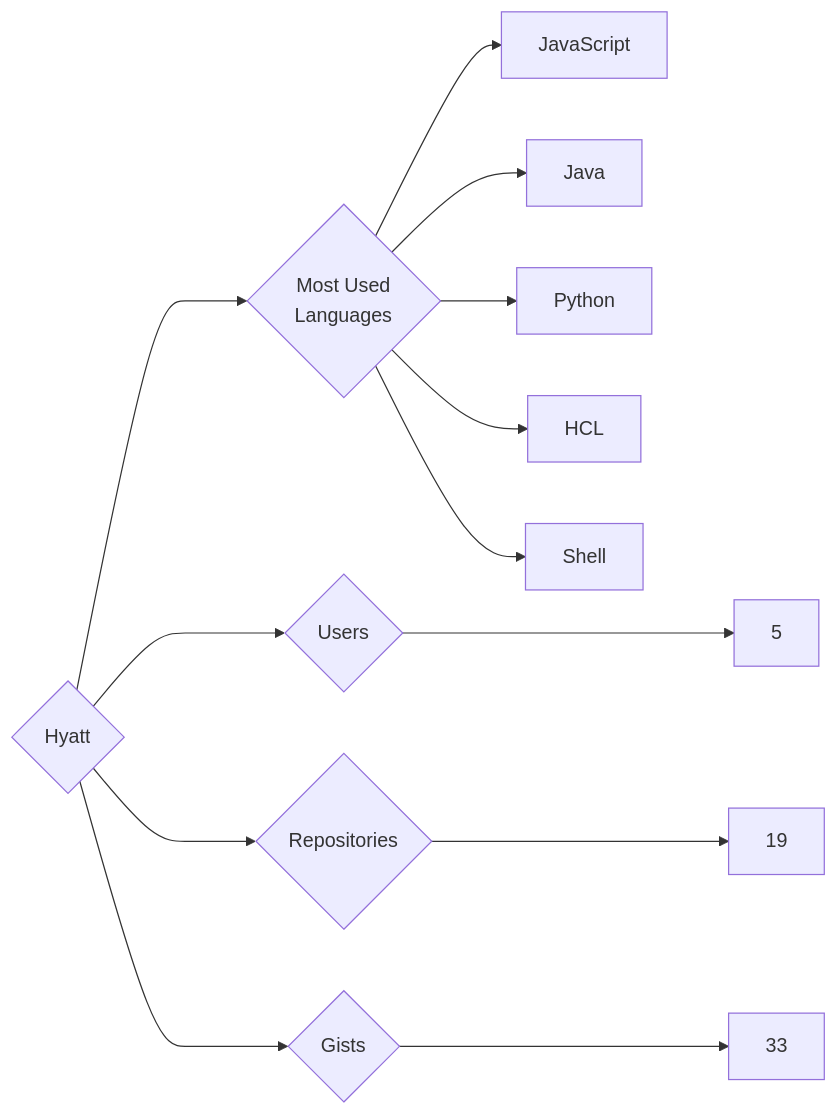
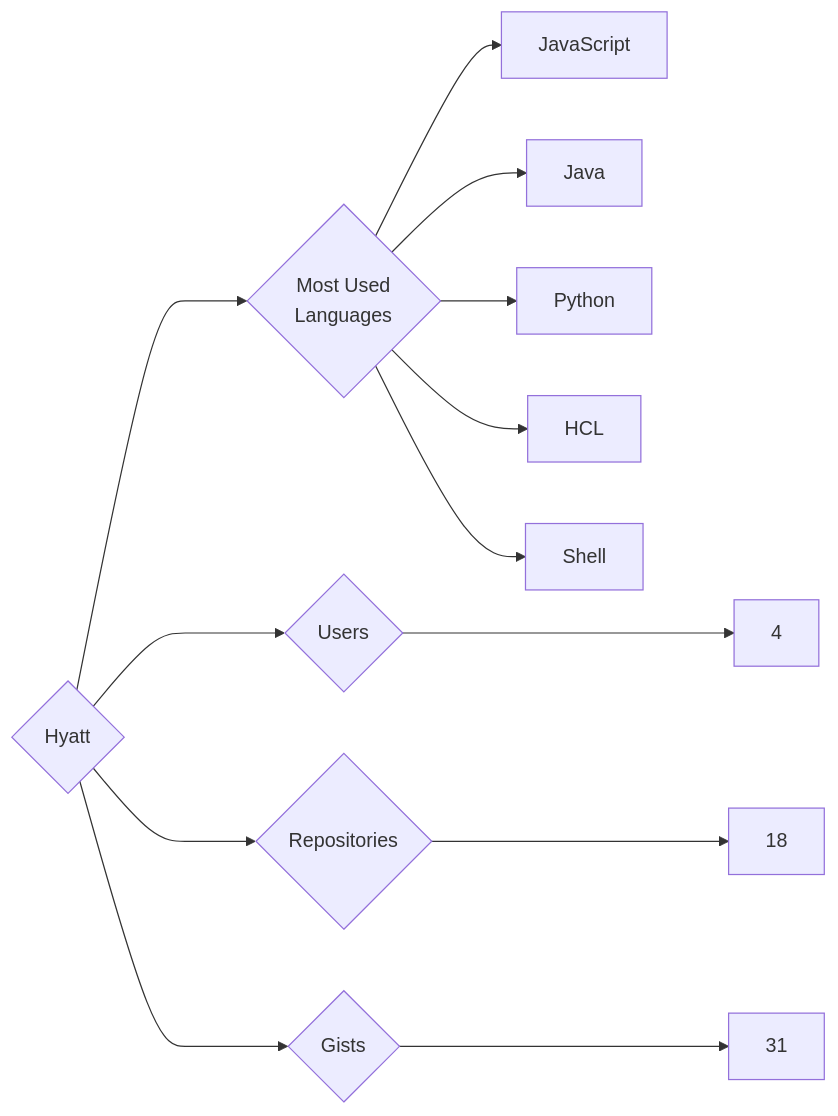
Before and after one commit to trickest/insiders: the diagram in targets/Hyatt/README.md, drawn with Mermaid. The commit also changed 1084 other files, not shown here.

````diff
--- a/targets/Hyatt/README.md
+++ b/targets/Hyatt/README.md
@@ -3,13 +3,13 @@
 ```mermaid
 graph LR
 COMPANY_NAME{Hyatt}
-COMPANY_NAME ---> U{Users} ---> UN[5]
-COMPANY_NAME ---> R{Repositories} ---> RN[19]
-COMPANY_NAME ---> G{Gists} ---> GN[33]
+COMPANY_NAME ---> U{Users} ---> UN[4]
+COMPANY_NAME ---> R{Repositories} ---> RN[18]
+COMPANY_NAME ---> G{Gists} ---> GN[31]
 COMPANY_NAME ---> ML{Most Used<br>Languages}
 ML --> JavaScript[JavaScript]
 ML --> Java[Java]
 ML --> Python[Python]
 ML --> HCL[HCL]
 ML --> Shell[Shell]
 ```
````
